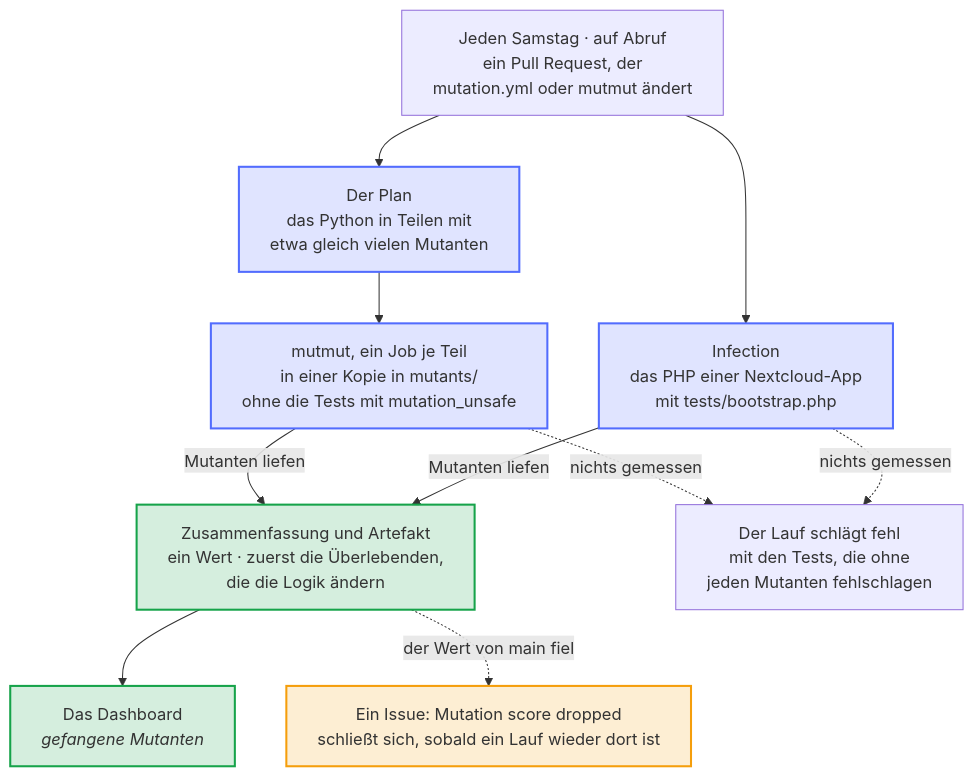
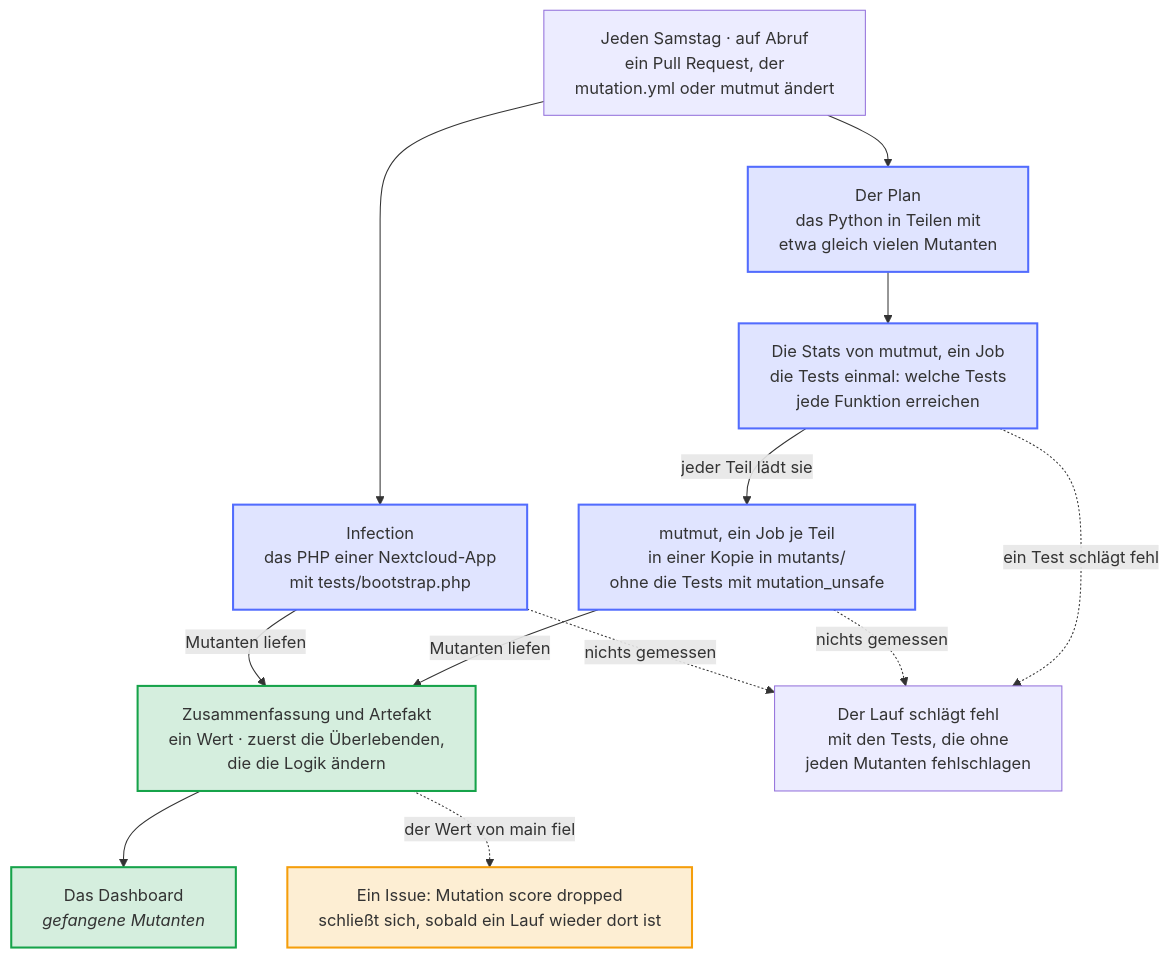
Before and after one commit to Dennis-Otto/repo-blueprint: the diagram in docs/diagrams/how-the-mutation-tests-run.de.mmd, drawn with Mermaid. The commit also changed 16 other files, not shown here.

First line of the commit message:
perf(mutation): collect mutmut's stats once and share them with every part

```diff
--- a/docs/diagrams/how-the-mutation-tests-run.de.mmd
+++ b/docs/diagrams/how-the-mutation-tests-run.de.mmd
@@ -1,34 +1,37 @@
 ---
 config:
   flowchart:
     wrappingWidth: 400
 ---
 flowchart TB
     accTitle: Wie die Mutationstests laufen
-    accDescr: Jeden Samstag, auf Abruf und für einen Pull Request, der ändert, wie sie laufen, führt der Mutation-Workflow die Mutanten aus. Für Python teilt der Plan den Code in Teile mit etwa gleich vielen Mutanten, und mutmut führt jeden Teil in einem eigenen Job aus, in einer Kopie des Repositorys und ohne die Tests mit der Markierung mutation_unsafe; Infection ändert das PHP einer Nextcloud-App, mit dem Bootstrap ihrer Tests. Die Zusammenfassung zeigt einen Wert und zuerst die Überlebenden, die die Logik ändern, mit ihren Änderungen, das Artefakt bewahrt sie auf und das Dashboard zeigt den Wert. Fällt der Wert des Standard-Branches unter den des Laufs davor, öffnet sich ein Issue, das sich schließt, sobald ein Lauf wieder dort ist. Ein Lauf, der nichts gemessen hat, schlägt fehl und nennt die Tests, die ohne jeden Mutanten fehlschlugen.
+    accDescr: Jeden Samstag, auf Abruf und für einen Pull Request, der ändert, wie sie laufen, führt der Mutation-Workflow die Mutanten aus. Für Python teilt der Plan den Code in Teile mit etwa gleich vielen Mutanten, ein Pull Request probiert eine Stichprobe davon in einem Teil aus, und ein Job führt die Tests einmal aus und zeichnet auf, welche Tests jede Funktion erreichen: die Stats von mutmut, die jeder Teil lädt. mutmut führt jeden Teil in einem eigenen Job aus, in einer Kopie des Repositorys und ohne die Tests mit der Markierung mutation_unsafe; Infection ändert das PHP einer Nextcloud-App, mit dem Bootstrap ihrer Tests. Die Zusammenfassung zeigt einen Wert und zuerst die Überlebenden, die die Logik ändern, mit ihren Änderungen, das Artefakt bewahrt sie auf und das Dashboard zeigt den Wert. Fällt der Wert des Standard-Branches unter den des Laufs davor, öffnet sich ein Issue, das sich schließt, sobald ein Lauf wieder dort ist. Ein Lauf, der nichts gemessen hat, schlägt fehl und nennt die Tests, die ohne jeden Mutanten fehlschlugen; schlagen sie in den Stats fehl, startet kein Teil.
 
     start["Jeden Samstag · auf Abruf<br>ein Pull Request, der<br>mutation.yml oder mutmut ändert"]
     plan["Der Plan<br>das Python in Teilen mit<br>etwa gleich vielen Mutanten"]
+    stats["Die Stats von mutmut, ein Job<br>die Tests einmal: welche Tests<br>jede Funktion erreichen"]
     python["mutmut, ein Job je Teil<br>in einer Kopie in mutants/<br>ohne die Tests mit mutation_unsafe"]
     php["Infection<br>das PHP einer Nextcloud-App<br>mit tests/bootstrap.php"]
     score["Zusammenfassung und Artefakt<br>ein Wert · zuerst die Überlebenden,<br>die die Logik ändern"]
     dashboard["`Das Dashboard<br>*gefangene Mutanten*`"]
     issue["Ein Issue: Mutation score dropped<br>schließt sich, sobald ein Lauf wieder dort ist"]
     fail["Der Lauf schlägt fehl<br>mit den Tests, die ohne<br>jeden Mutanten fehlschlagen"]
 
     start --> plan
-    plan --> python
+    plan --> stats
+    stats -- "jeder Teil lädt sie" --> python
     start --> php
     python -- "Mutanten liefen" --> score
     php -- "Mutanten liefen" --> score
     score --> dashboard
     score -. "der Wert von main fiel" .-> issue
+    stats -. "ein Test schlägt fehl" .-> fail
     python -. "nichts gemessen" .-> fail
     php -. "nichts gemessen" .-> fail
 
     classDef bot fill:#526cfe2e,stroke:#526cfe,stroke-width:2px
     classDef done fill:#16a34a2e,stroke:#16a34a,stroke-width:2px
     classDef person fill:#f59e0b2e,stroke:#f59e0b,stroke-width:2px
-    class plan,python,php bot
+    class plan,stats,python,php bot
     class score,dashboard done
     class issue person
```
